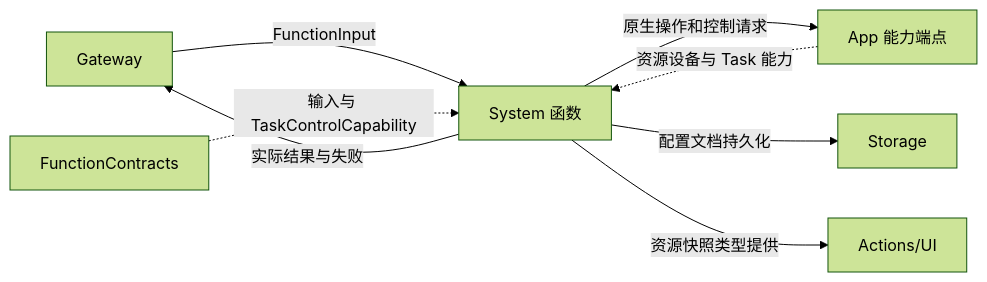
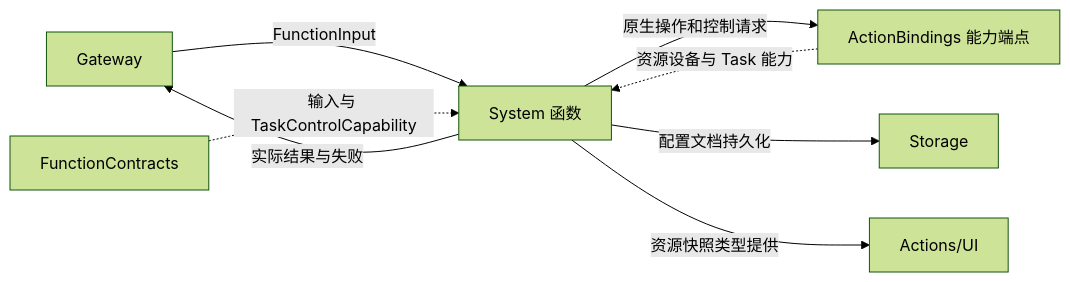
The first of 2 diagrams in MobileHarness/Actions/System/README.md (devilyouwei/MobileHarness), drawn with Mermaid (forest theme) before and after one commit. The commit also changed 254 other files, not shown here.

First line of the commit message:
refactor: isolate app composition and module bindings

````diff
--- a/MobileHarness/Actions/System/README.md
+++ b/MobileHarness/Actions/System/README.md
@@ -9,10 +9,10 @@
 ```mermaid
 flowchart LR
     Gateway -->|FunctionInput| S[System 函数]
     S -->|实际结果与失败| Gateway
-    Host[App 能力端点] -.->|资源设备与 Task 能力| S
+    Host[ActionBindings 能力端点] -.->|资源设备与 Task 能力| S
     S -->|原生操作和控制请求| Host
     S -->|配置文档持久化| Storage
     Contracts[FunctionContracts] -.->|输入与 TaskControlCapability| S
     S -->|资源快照类型提供| UI[Actions/UI]
 ```
````
